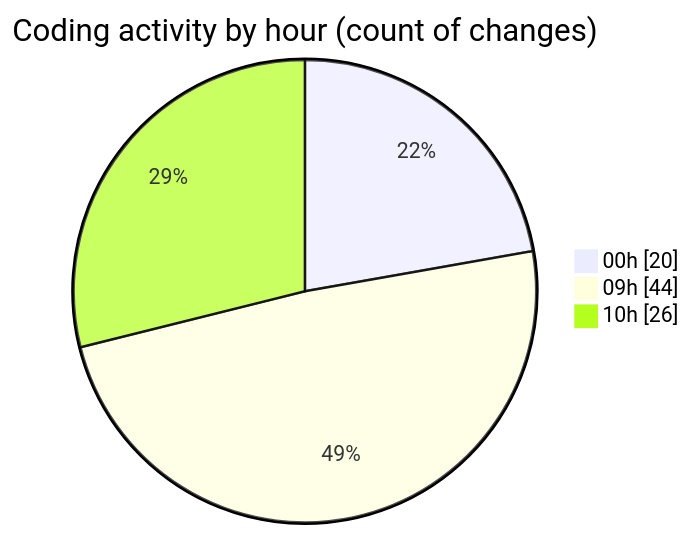
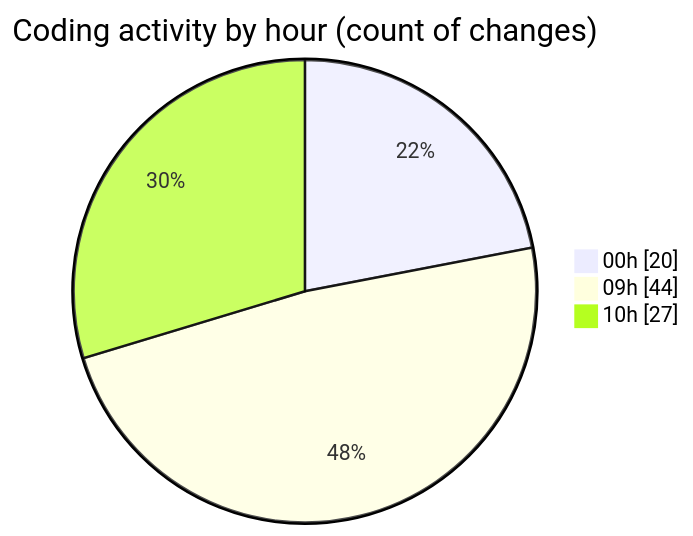
The second of 2 diagrams in 2025-03-19/cda/README.md (momahboobian/code-tracking), drawn with Mermaid before and after one commit. The commit also changed other lines of this file and 1 other file, not shown here.

````diff
--- a/2025-03-19/cda/README.md
+++ b/2025-03-19/cda/README.md
@@ -32,7 +32,7 @@
 ```mermaid
 pie showData
 title Coding activity by hour (count of changes)
 "00h" : 20
 "09h" : 44
-"10h" : 26
+"10h" : 27
 ```
````
